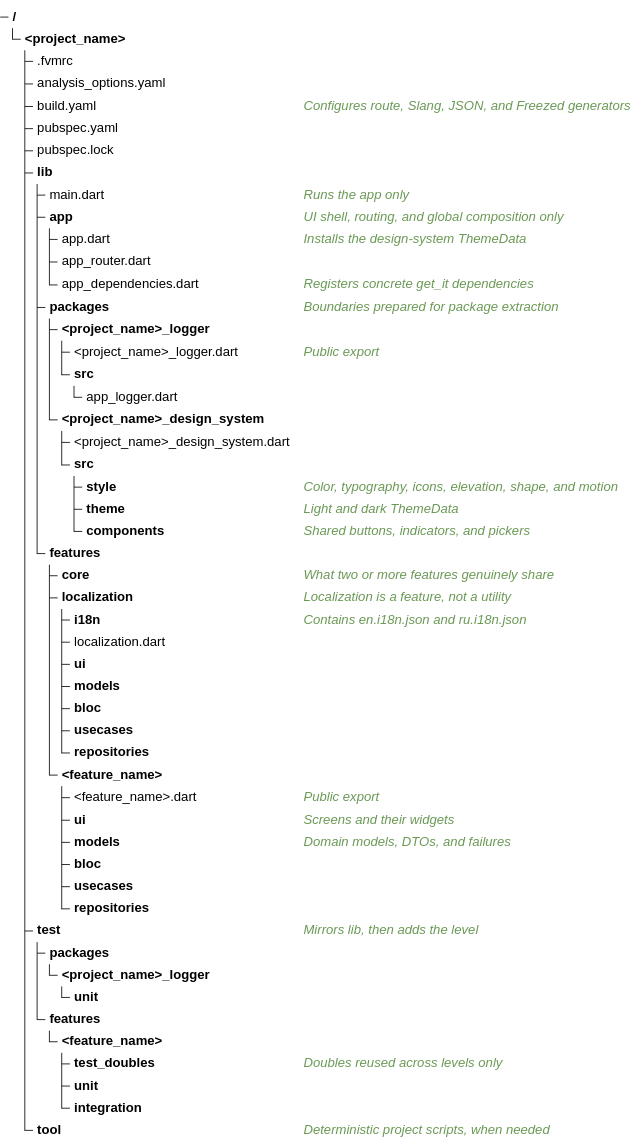
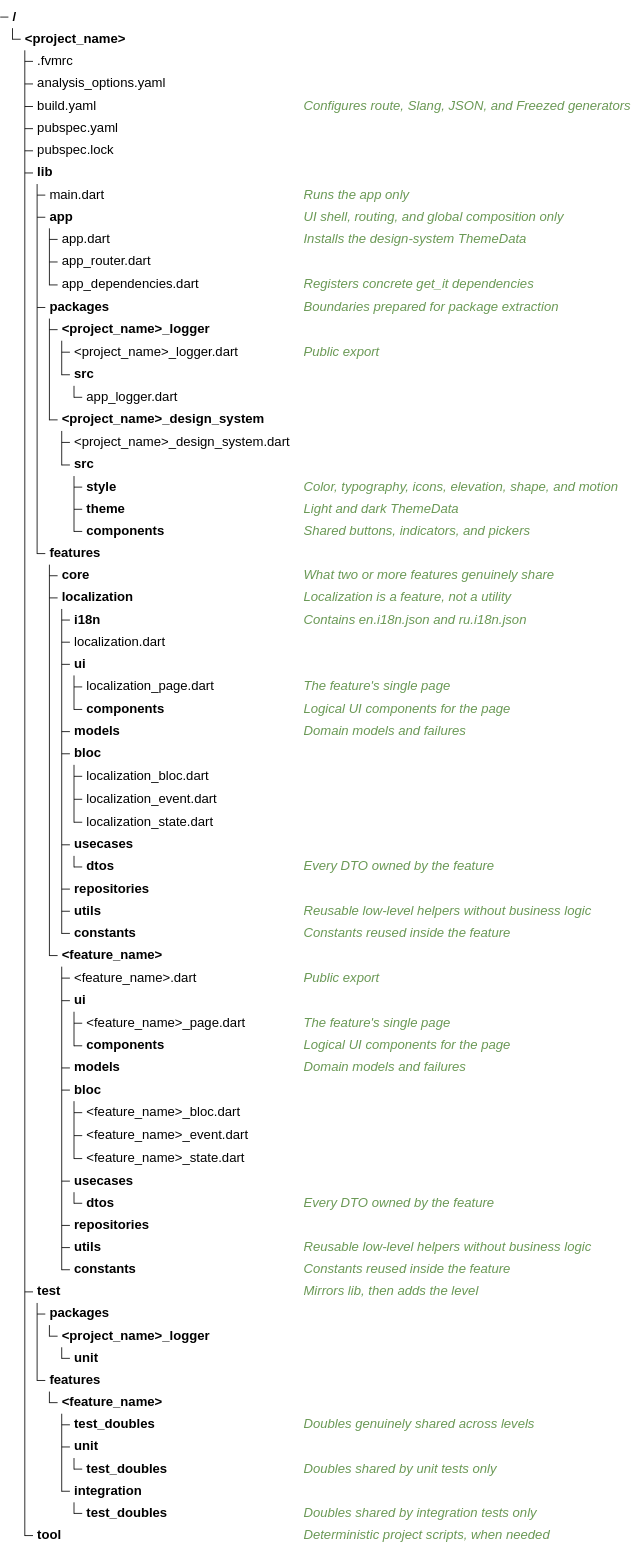
One commit to fam-tung-lam/ptlam-agent-plugin changed the diagram in plugin/skills/ptlam-code-style-flutter/references/file-organization.md. Above: the diagram before and after it, drawn with Mermaid. The commit also changed other lines of this file and 23 other files, not shown here.

````diff
--- a/plugin/skills/ptlam-code-style-flutter/references/file-organization.md
+++ b/plugin/skills/ptlam-code-style-flutter/references/file-organization.md
@@ -9,53 +9,71 @@
 ```mermaid
 treeView-beta
     <project_name>/
         .fvmrc
         analysis_options.yaml
         build.yaml ## Configures route, Slang, JSON, and Freezed generators
         pubspec.yaml
         pubspec.lock
         lib/
             main.dart ## Runs the app only
             app/ ## UI shell, routing, and global composition only
                 app.dart ## Installs the design-system ThemeData
                 app_router.dart
                 app_dependencies.dart ## Registers concrete get_it dependencies
             packages/ ## Boundaries prepared for package extraction
                 <project_name>_logger/
                     <project_name>_logger.dart ## Public export
                     src/
                         app_logger.dart
                 <project_name>_design_system/
                     <project_name>_design_system.dart
                     src/
                         style/ ## Color, typography, icons, elevation, shape, and motion
                         theme/ ## Light and dark ThemeData
                         components/ ## Shared buttons, indicators, and pickers
             features/
                 core/ ## What two or more features genuinely share
                 localization/ ## Localization is a feature, not a utility
                     i18n/ ## Contains en.i18n.json and ru.i18n.json
                     localization.dart
                     ui/
-                    models/
+                        localization_page.dart ## The feature's single page
+                        components/ ## Logical UI components for the page
+                    models/ ## Domain models and failures
                     bloc/
+                        localization_bloc.dart
+                        localization_event.dart
+                        localization_state.dart
                     usecases/
+                        dtos/ ## Every DTO owned by the feature
                     repositories/
+                    utils/ ## Reusable low-level helpers without business logic
+                    constants/ ## Constants reused inside the feature
                 <feature_name>/
                     <feature_name>.dart ## Public export
-                    ui/ ## Screens and their widgets
-                    models/ ## Domain models, DTOs, and failures
+                    ui/
+                        <feature_name>_page.dart ## The feature's single page
+                        components/ ## Logical UI components for the page
+                    models/ ## Domain models and failures
                     bloc/
+                        <feature_name>_bloc.dart
+                        <feature_name>_event.dart
+                        <feature_name>_state.dart
                     usecases/
+                        dtos/ ## Every DTO owned by the feature
                     repositories/
+                    utils/ ## Reusable low-level helpers without business logic
+                    constants/ ## Constants reused inside the feature
         test/ ## Mirrors lib, then adds the level
             packages/
                 <project_name>_logger/
                     unit/
             features/
                 <feature_name>/
-                    test_doubles/ ## Doubles reused across levels only
+                    test_doubles/ ## Doubles genuinely shared across levels
                     unit/
+                        test_doubles/ ## Doubles shared by unit tests only
                     integration/
+                        test_doubles/ ## Doubles shared by integration tests only
         tool/ ## Deterministic project scripts, when needed
 ```
````
